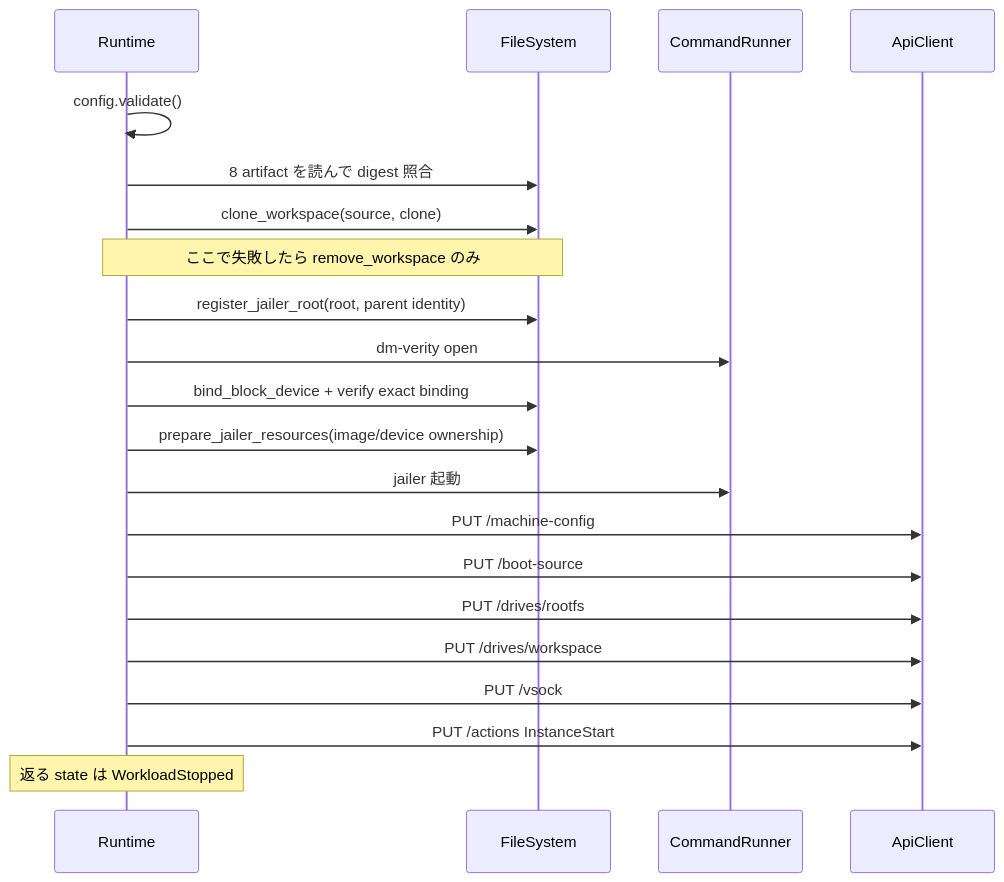
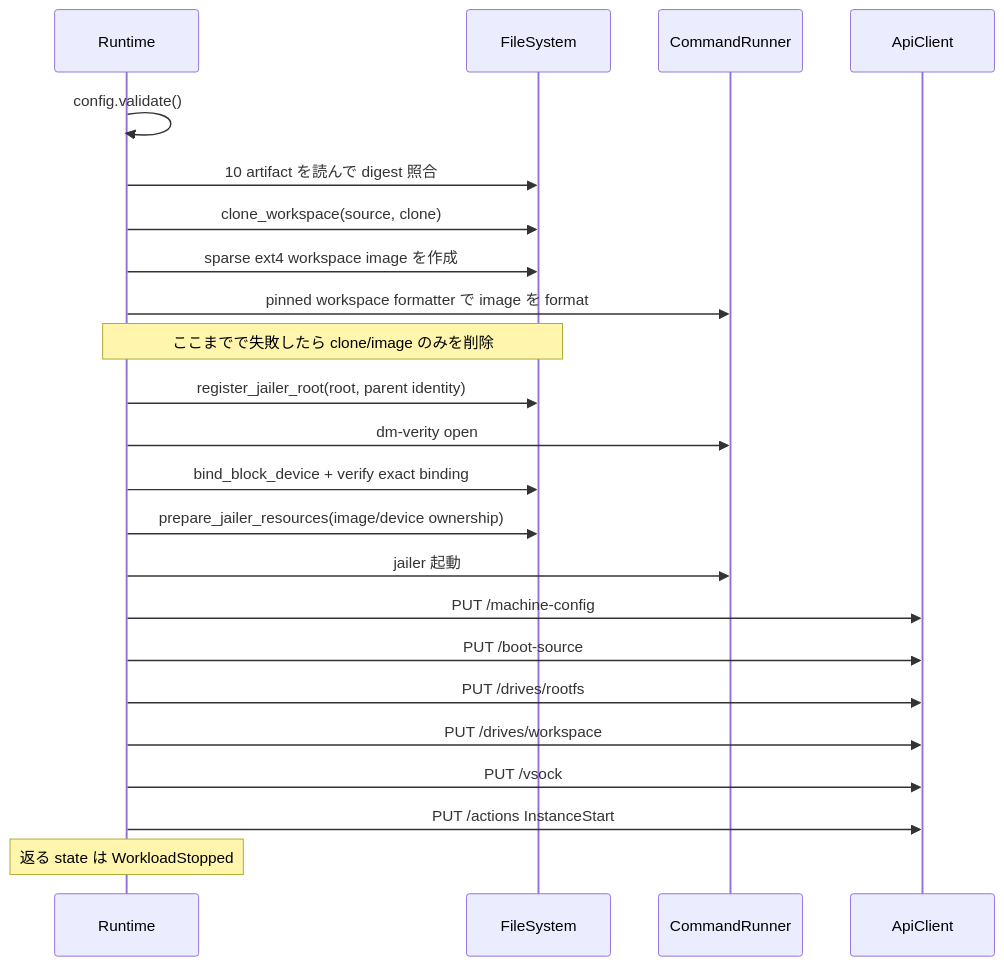
One commit to Aqua-218/SecCamp-AIAgent changed the diagram in docs/firecracker-runtime/launch-sequence.md. Above: the diagram before and after it, drawn with Mermaid. The commit also changed other lines of this file, not shown here.

Commit message:
docs(firecracker-runtime): follow the ten-artifact digest check in the sequence

````diff
--- a/docs/firecracker-runtime/launch-sequence.md
+++ b/docs/firecracker-runtime/launch-sequence.md
@@ -19,24 +19,26 @@
 ```mermaid
 sequenceDiagram
     participant R as Runtime
     participant FS as FileSystem
     participant CR as CommandRunner
     participant API as ApiClient
 
     R->>R: config.validate()
-    R->>FS: 8 artifact を読んで digest 照合
+    R->>FS: 10 artifact を読んで digest 照合
     R->>FS: clone_workspace(source, clone)
-    Note over R,FS: ここで失敗したら remove_workspace のみ
+    R->>FS: sparse ext4 workspace image を作成
+    R->>CR: pinned workspace formatter で image を format
+    Note over R,FS: ここまでで失敗したら clone/image のみを削除
     R->>FS: register_jailer_root(root, parent identity)
     R->>CR: dm-verity open
     R->>FS: bind_block_device + verify exact binding
     R->>FS: prepare_jailer_resources(image/device ownership)
     R->>CR: jailer 起動
     R->>API: PUT /machine-config
     R->>API: PUT /boot-source
     R->>API: PUT /drives/rootfs
     R->>API: PUT /drives/workspace
     R->>API: PUT /vsock
     R->>API: PUT /actions InstanceStart
     Note over R: 返る state は WorkloadStopped
 ```
````
